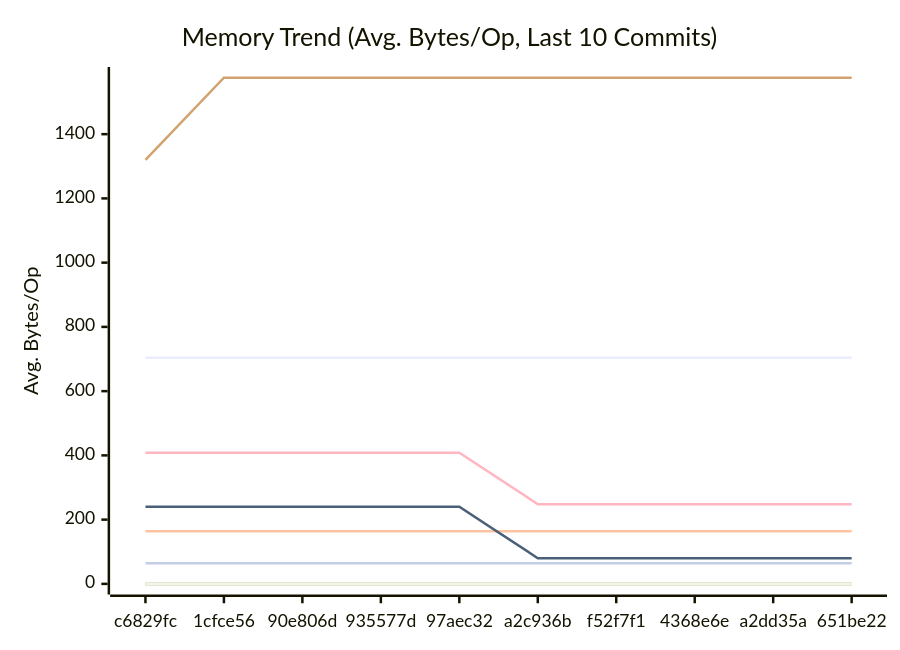
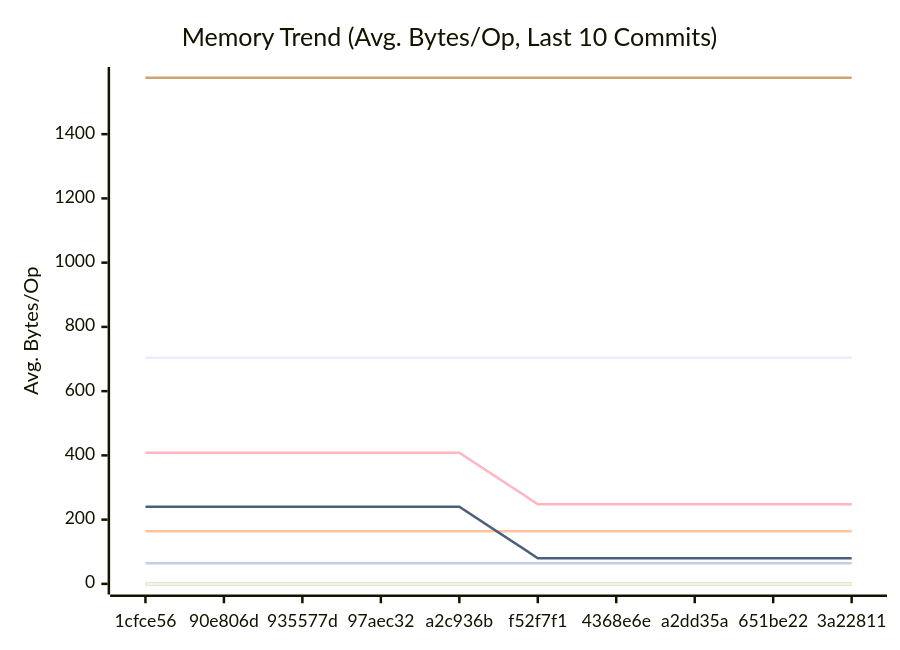
Before and after one commit to alsotoes/momo: the second of 3 diagrams in docs/PERFORMANCE.md, drawn with Mermaid. The commit also changed other lines of this file and 6 other files, not shown here.

````diff
--- a/docs/PERFORMANCE.md
+++ b/docs/PERFORMANCE.md
@@ -152,18 +152,18 @@
 ```mermaid
 xychart-beta
     title "Memory Trend (Avg. Bytes/Op, Last 10 Commits)"
     x-axis "Commit"
     y-axis "Avg. Bytes/Op"
-    x-axis [c6829fc,1cfce56,90e806d,935577d,97aec32,a2c936b,f52f7f1,4368e6e,a2dd35a,651be22]
+    x-axis [1cfce56,90e806d,935577d,97aec32,a2c936b,f52f7f1,4368e6e,a2dd35a,651be22,3a22811]
     line "CheckMetricsAndSwap" [0,0,0,0,0,0,0,0,0,0]
     line "CrushOptimized" [0,0,0,0,0,0,0,0,0,0]
     line "CrushOriginal" [164,164,164,164,164,164,164,164,164,164]
     line "IndexDirectTracking" [0,0,0,0,0,0,0,0,0,0]
     line "IndexSearch" [0,0,0,0,0,0,0,0,0,0]
-    line "LoadGlobalConfig" [1320,1576,1576,1576,1576,1576,1576,1576,1576,1576]
+    line "LoadGlobalConfig" [1576,1576,1576,1576,1576,1576,1576,1576,1576,1576]
     line "PadString" [64,64,64,64,64,64,64,64,64,64]
     line "ParseReplicationOrder_NoPrealloc" [408,408,408,408,408,248,248,248,248,248]
     line "ParseReplicationOrder_Prealloc" [240,240,240,240,240,80,80,80,80,80]
     line "SanitizeLog/Safe" [0,0,0,0,0,0,0,0,0,0]
     line "SanitizeLog/Unsafe" [704,704,704,704,704,704,704,704,704,704]
 ```
````
